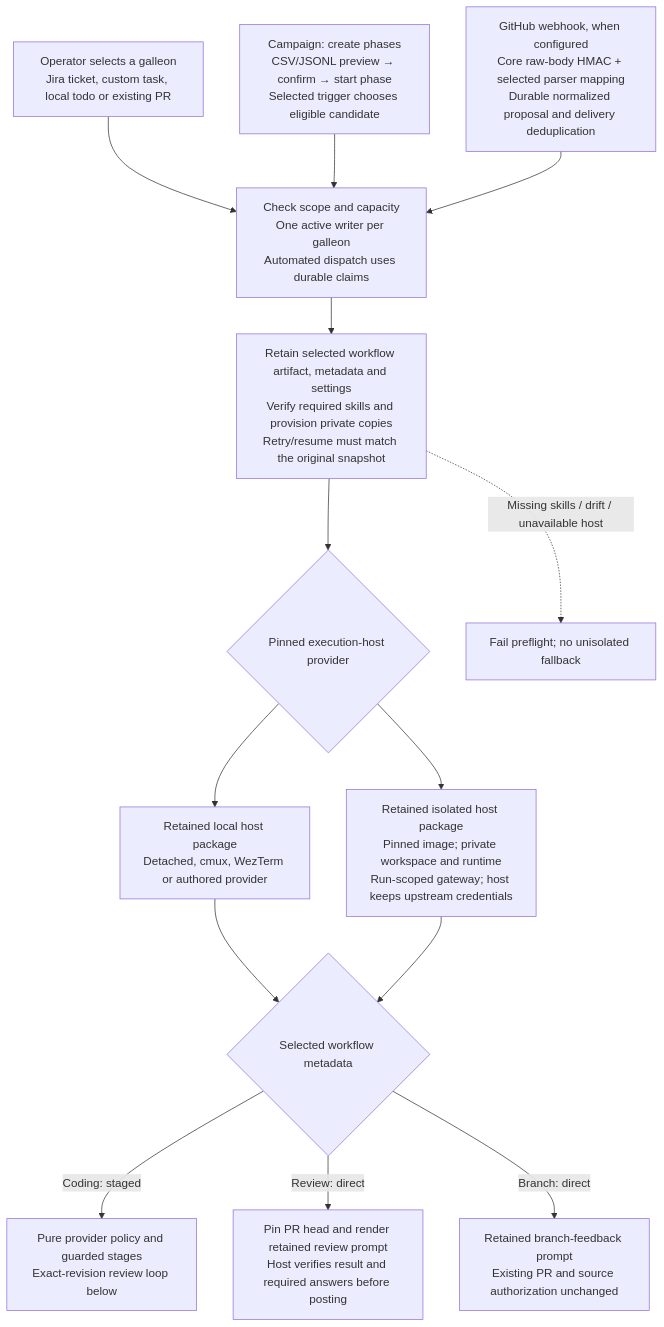
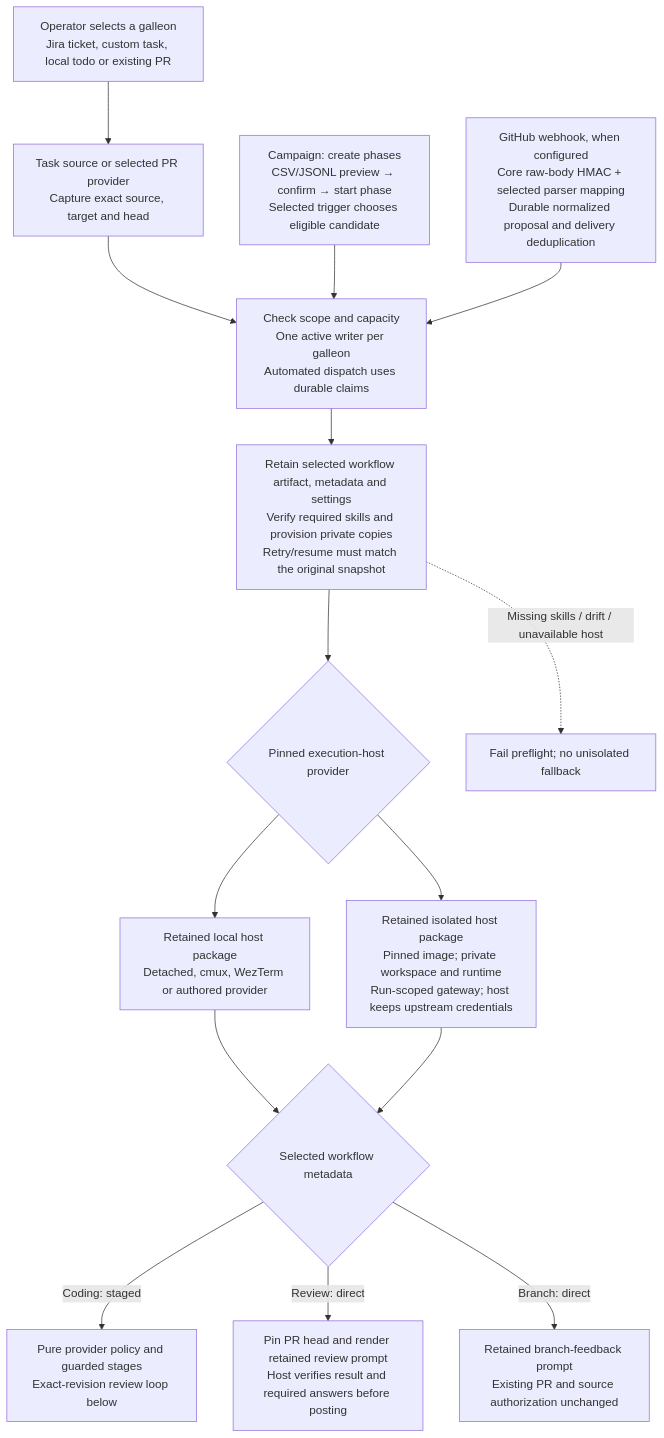
Before and after one commit to nloehlein-godaddy/helmsman: diagram 21 of 23 in docs/helmsman-process.md, drawn with Mermaid. The commit also changed other lines of this file and 134 other files, not shown here.

````diff
--- a/docs/helmsman-process.md
+++ b/docs/helmsman-process.md
@@ -456,16 +481,17 @@
 ```mermaid
 flowchart TD
-    Manual[Operator selects a galleon<br/>Jira ticket, custom task, local todo or existing PR] --> Dispatch
+    Manual[Operator selects a galleon<br/>Jira ticket, custom task, local todo or existing PR] --> Prepare[Task source or selected PR provider<br/>Capture exact source, target and head]
+    Prepare --> Dispatch
     Campaign[Campaign: create phases<br/>CSV/JSONL preview → confirm → start phase<br/>Selected trigger chooses eligible candidate] --> Dispatch
     Webhook[GitHub webhook, when configured<br/>Core raw-body HMAC + selected parser mapping<br/>Durable normalized proposal and delivery deduplication] --> Dispatch
     Dispatch[Check scope and capacity<br/>One active writer per galleon<br/>Automated dispatch uses durable claims] --> Snapshot[Retain selected workflow artifact, metadata and settings<br/>Verify required skills and provision private copies<br/>Retry/resume must match the original snapshot]
     Snapshot --> Host{Pinned execution-host provider}
     Host --> Local[Retained local host package<br/>Detached, cmux, WezTerm or authored provider]
     Host --> Docker[Retained isolated host package<br/>Pinned image; private workspace and runtime<br/>Run-scoped gateway; host keeps upstream credentials]
     Local --> Workflow{Selected workflow metadata}
     Docker --> Workflow
     Workflow -->|Coding: staged| Coding[Pure provider policy and guarded stages<br/>Exact-revision review loop below]
     Workflow -->|Review: direct| Review[Pin PR head and render retained review prompt<br/>Host verifies result and required answers before posting]
     Workflow -->|Branch: direct| Branch[Retained branch-feedback prompt<br/>Existing PR and source authorization unchanged]
     Snapshot -.->|Missing skills / drift / unavailable host| Block[Fail preflight; no unisolated fallback]
 ```
````
